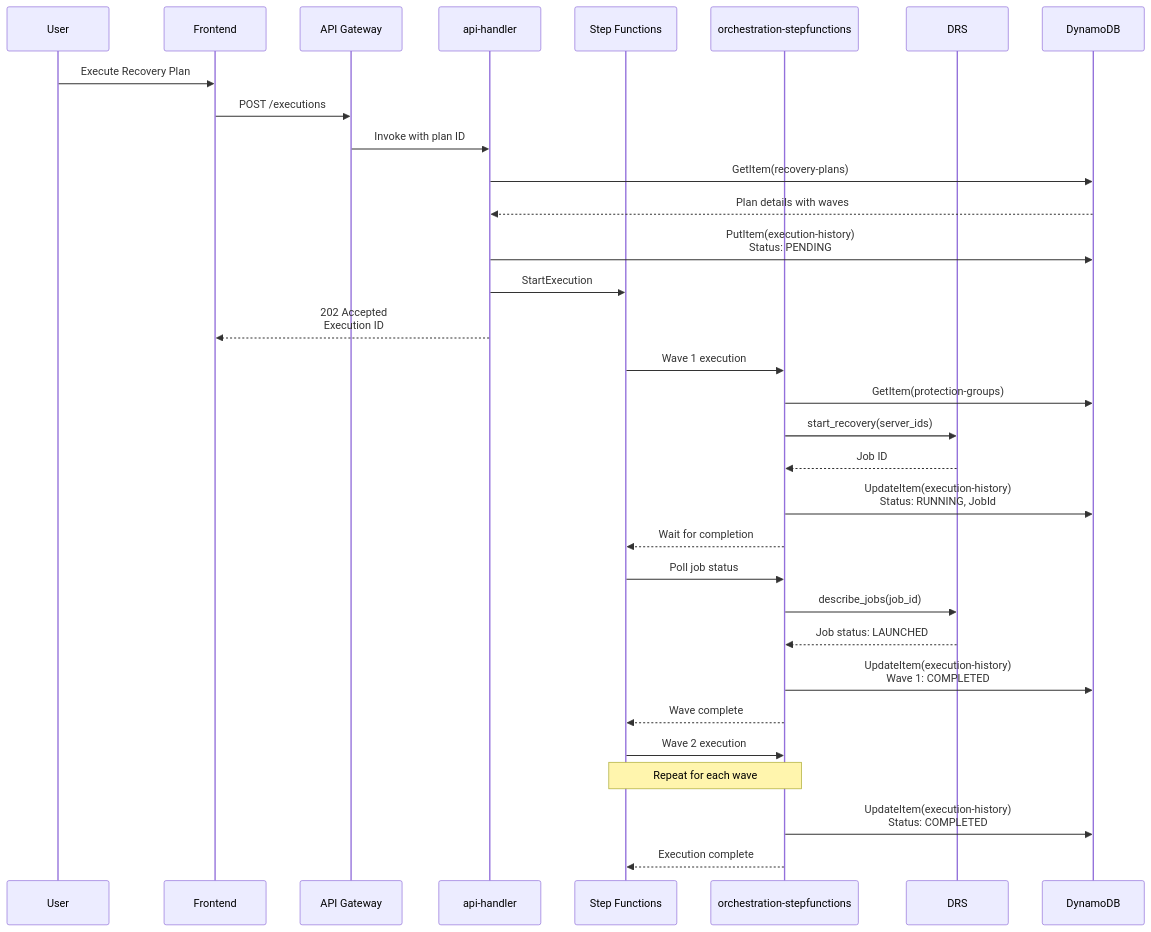
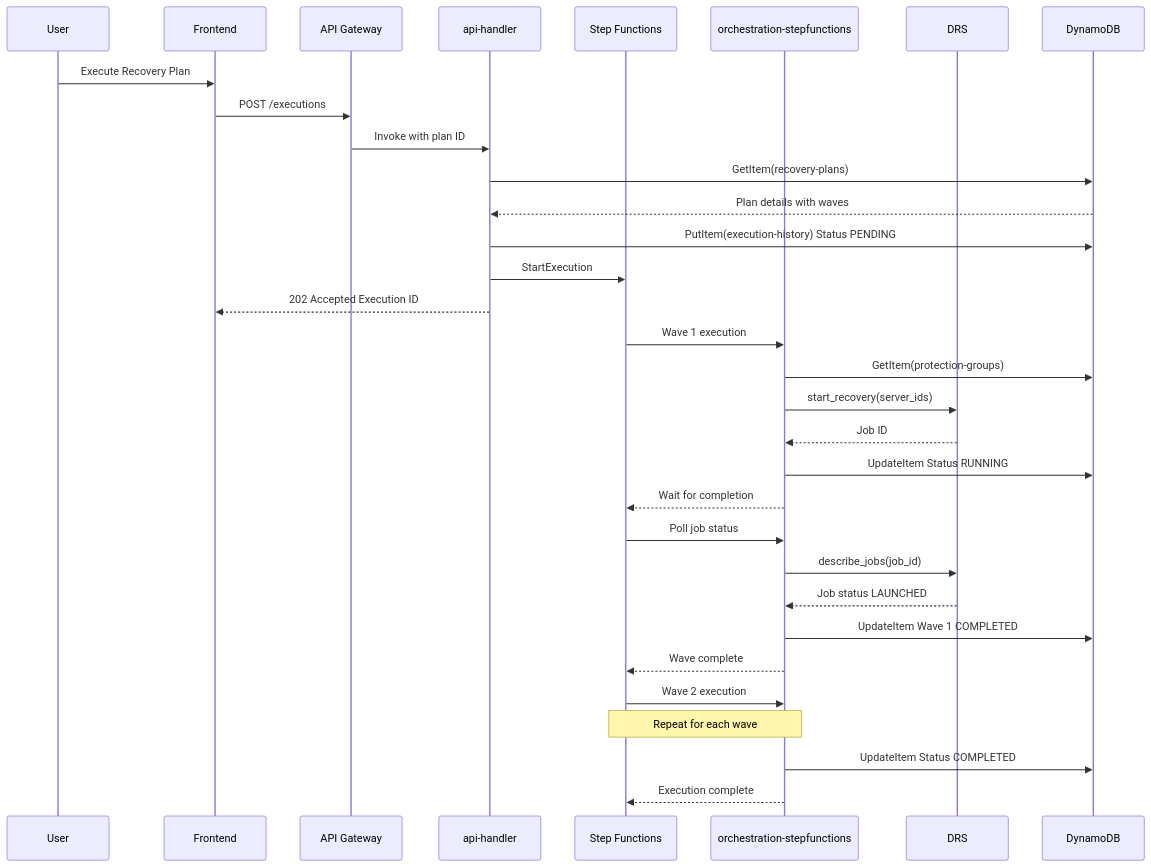
Before and after one commit to johnjcousens/aws-elasticdrs-orchestrator: the fourth of 10 diagrams in docs/architecture/ARCHITECTURE_DIAGRAMS.md, drawn with Mermaid. The commit also changed other lines of this file, not shown here.

First line of the commit message:
docs: fix Mermaid sequence diagram syntax errors

````diff
--- a/docs/architecture/ARCHITECTURE_DIAGRAMS.md
+++ b/docs/architecture/ARCHITECTURE_DIAGRAMS.md
@@ -219,43 +219,43 @@
 ```mermaid
 sequenceDiagram
     participant User
     participant Frontend
-    participant API Gateway
-    participant api-handler
-    participant Step Functions
-    participant orchestration-stepfunctions
+    participant APIGW as API Gateway
+    participant ApiHandler as api-handler
+    participant StepFn as Step Functions
+    participant Orchestrator as orchestration-stepfunctions
     participant DRS
     participant DynamoDB
-    
+
     User->>Frontend: Execute Recovery Plan
-    Frontend->>API Gateway: POST /executions
-    API Gateway->>api-handler: Invoke with plan ID
-    
-    api-handler->>DynamoDB: GetItem(recovery-plans)
-    DynamoDB-->>api-handler: Plan details with waves
-    
-    api-handler->>DynamoDB: PutItem(execution-history)<br/>Status: PENDING
-    api-handler->>Step Functions: StartExecution
-    api-handler-->>Frontend: 202 Accepted<br/>Execution ID
-    
-    Step Functions->>orchestration-stepfunctions: Wave 1 execution
-    orchestration-stepfunctions->>DynamoDB: GetItem(protection-groups)
-    orchestration-stepfunctions->>DRS: start_recovery(server_ids)
-    DRS-->>orchestration-stepfunctions: Job ID
-    
-    orchestration-stepfunctions->>DynamoDB: UpdateItem(execution-history)<br/>Status: RUNNING, JobId
-    orchestration-stepfunctions-->>Step Functions: Wait for completion
-    
-    Step Functions->>orchestration-stepfunctions: Poll job status
-    orchestration-stepfunctions->>DRS: describe_jobs(job_id)
-    DRS-->>orchestration-stepfunctions: Job status: LAUNCHED
-    
-    orchestration-stepfunctions->>DynamoDB: UpdateItem(execution-history)<br/>Wave 1: COMPLETED
-    orchestration-stepfunctions-->>Step Functions: Wave complete
-    
-    Step Functions->>orchestration-stepfunctions: Wave 2 execution
-    Note over Step Functions,orchestration-stepfunctions: Repeat for each wave
-    
-    orchestration-stepfunctions->>DynamoDB: UpdateItem(execution-history)<br/>Status: COMPLETED
-    orchestration-stepfunctions-->>Step Functions: Execution complete
+    Frontend->>APIGW: POST /executions
+    APIGW->>ApiHandler: Invoke with plan ID
+
+    ApiHandler->>DynamoDB: GetItem(recovery-plans)
+    DynamoDB-->>ApiHandler: Plan details with waves
+
+    ApiHandler->>DynamoDB: PutItem(execution-history) Status PENDING
+    ApiHandler->>StepFn: StartExecution
+    ApiHandler-->>Frontend: 202 Accepted Execution ID
+
+    StepFn->>Orchestrator: Wave 1 execution
+    Orchestrator->>DynamoDB: GetItem(protection-groups)
+    Orchestrator->>DRS: start_recovery(server_ids)
+    DRS-->>Orchestrator: Job ID
+
+    Orchestrator->>DynamoDB: UpdateItem Status RUNNING
+    Orchestrator-->>StepFn: Wait for completion
+
+    StepFn->>Orchestrator: Poll job status
+    Orchestrator->>DRS: describe_jobs(job_id)
+    DRS-->>Orchestrator: Job status LAUNCHED
+
+    Orchestrator->>DynamoDB: UpdateItem Wave 1 COMPLETED
+    Orchestrator-->>StepFn: Wave complete
+
+    StepFn->>Orchestrator: Wave 2 execution
+    Note over StepFn,Orchestrator: Repeat for each wave
+
+    Orchestrator->>DynamoDB: UpdateItem Status COMPLETED
+    Orchestrator-->>StepFn: Execution complete
 ```
````
